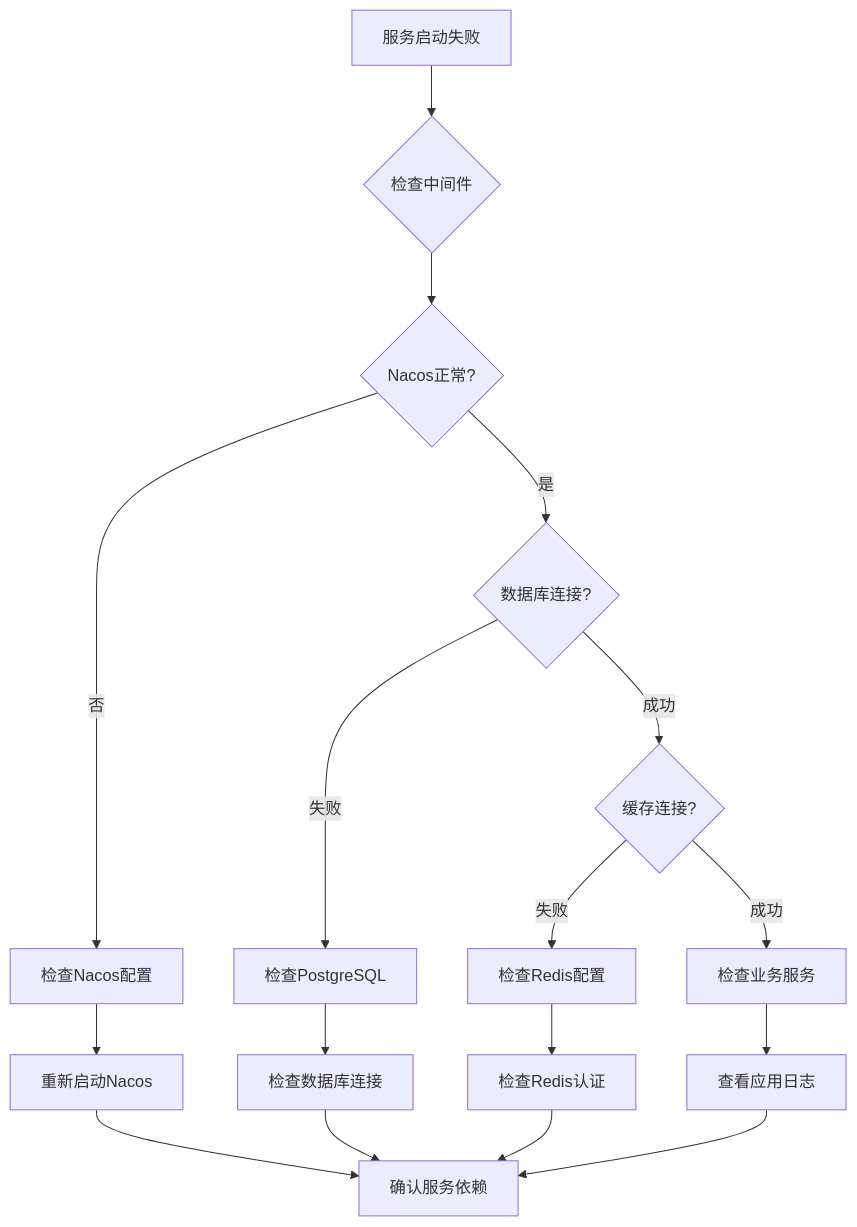
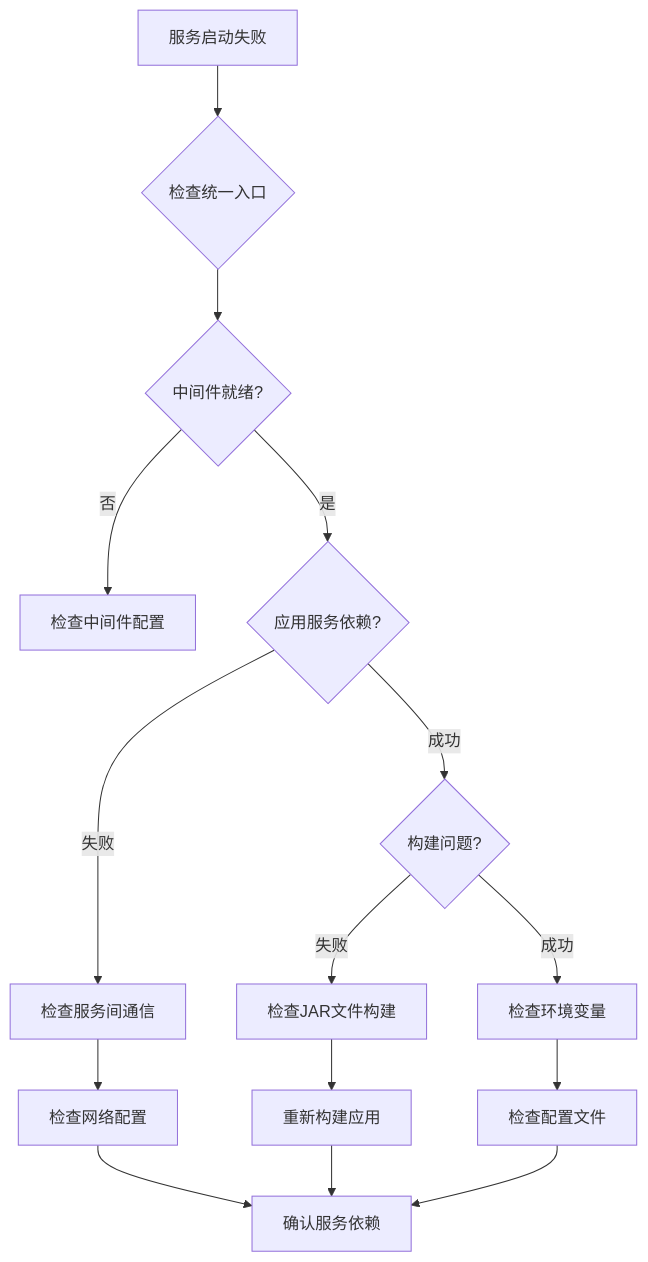
The tenth of 10 diagrams in .qoder/repowiki/zh/content/部署运维/Docker组合使用指南.md (fq0121104930716/iam-platform), drawn with Mermaid before and after one commit. The commit also changed other lines of this file and 42 other files, not shown here.

````diff
--- a/.qoder/repowiki/zh/content/部署运维/Docker组合使用指南.md
+++ b/.qoder/repowiki/zh/content/部署运维/Docker组合使用指南.md
@@ -418,19 +473,17 @@
 ```mermaid
 flowchart TD
-A[服务启动失败] --> B{检查中间件}
-B --> C{Nacos正常?}
-C --> |否| D[检查Nacos配置]
-C --> |是| E{数据库连接?}
-E --> |失败| F[检查PostgreSQL]
-E --> |成功| G{缓存连接?}
-G --> |失败| H[检查Redis配置]
-G --> |成功| I[检查业务服务]
-D --> J[重新启动Nacos]
-F --> K[检查数据库连接]
-H --> L[检查Redis认证]
-I --> M[查看应用日志]
-J --> N[确认服务依赖]
-K --> N
-L --> N
-M --> N
+A[服务启动失败] --> B{检查统一入口}
+B --> C{中间件就绪?}
+C --> |否| D[检查中间件配置]
+C --> |是| E{应用服务依赖?}
+E --> |失败| F[检查服务间通信]
+E --> |成功| G{构建问题?}
+G --> |失败| H[检查JAR文件构建]
+G --> |成功| I[检查环境变量]
+H --> J[重新构建应用]
+F --> K[检查网络配置]
+I --> L[检查配置文件]
+J --> M[确认服务依赖]
+K --> M
+L --> M
 ```
````
